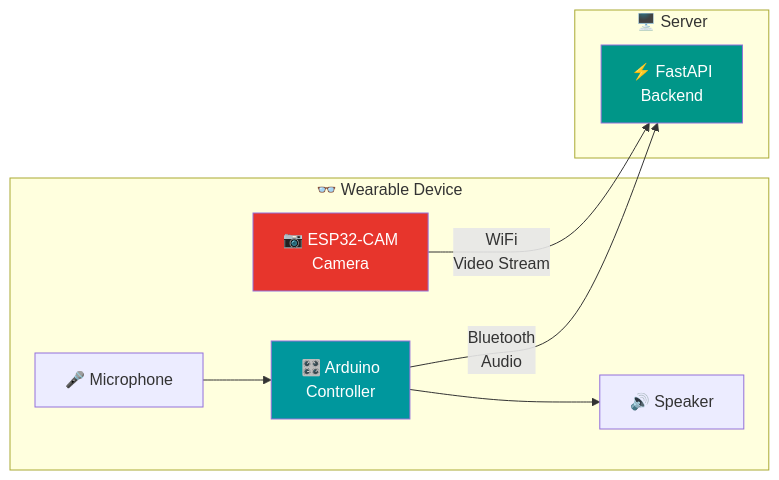
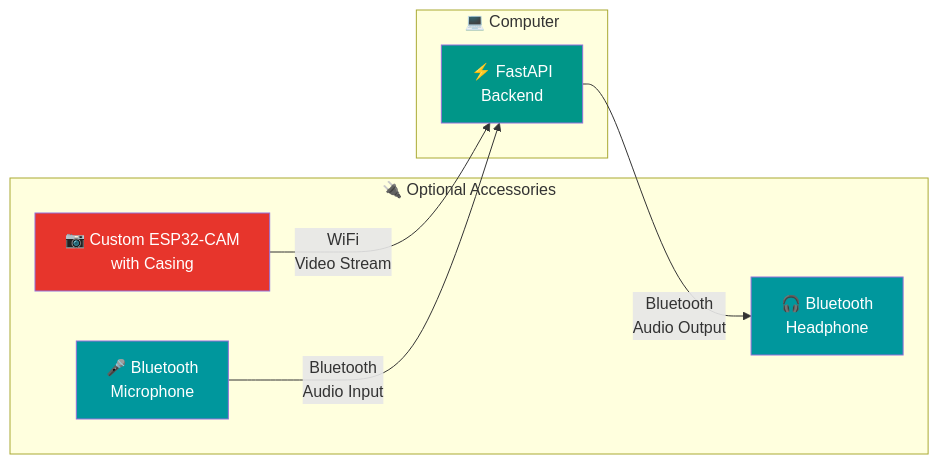
The diagram in Hardware/README.md (rajin-khan/AIris), drawn with Mermaid before and after one commit. The commit also changed other lines of this file and 9 other files, not shown here.

Commit message:
Update documentation to reflect new handsfree mode, STT polish, and custom casing model file

````diff
--- a/Hardware/README.md
+++ b/Hardware/README.md
@@ -19,22 +25,21 @@
 ```mermaid
 graph LR
-    subgraph "👓 Wearable Device"
-        A[📷 ESP32-CAM<br/>Camera]
-        B[🎤 Microphone]
-        C[🔊 Speaker]
-        D[🎛️ Arduino<br/>Controller]
+    subgraph "🔌 Optional Accessories"
+        A[📷 Custom ESP32-CAM<br/>with Casing]
+        B[🎤 Bluetooth<br/>Microphone]
+        C[🎧 Bluetooth<br/>Headphone]
     end
     
-    subgraph "🖥️ Server"
+    subgraph "💻 Computer"
         E[⚡ FastAPI<br/>Backend]
     end
     
     A -->|WiFi<br/>Video Stream| E
-    D -->|Bluetooth<br/>Audio| E
-    B --> D
-    D --> C
+    B -->|Bluetooth<br/>Audio Input| E
+    E -->|Bluetooth<br/>Audio Output| C
     
     style A fill:#E7352C,color:#fff
-    style D fill:#00979D,color:#fff
+    style B fill:#00979D,color:#fff
+    style C fill:#00979D,color:#fff
     style E fill:#009688,color:#fff
 ```
````
